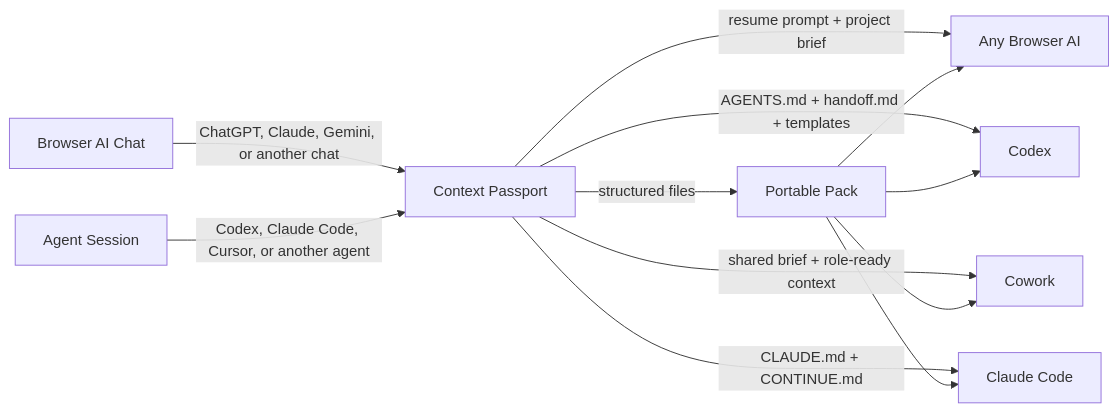
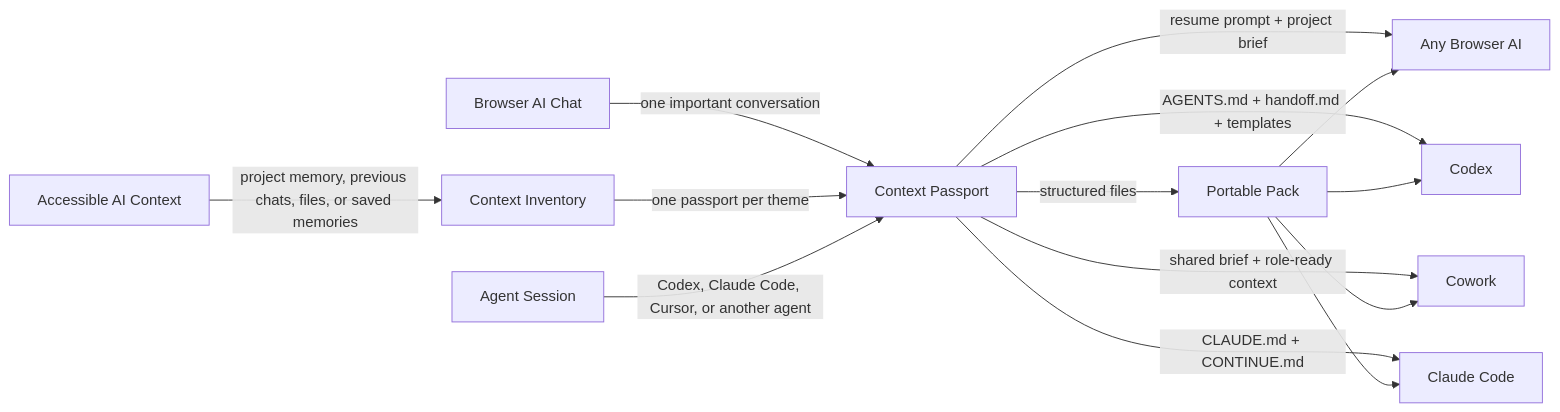
The diagram in README.md (macio-arruda/context-passport), drawn with Mermaid before and after one commit. The commit also changed other lines of this file and 8 other files, not shown here.

Commit message:
Add accessible context inventory workflow

````diff
--- a/README.md
+++ b/README.md
@@ -19,16 +19,18 @@
 ```mermaid
 flowchart LR
-    A["Browser AI Chat"] -->|"ChatGPT, Claude, Gemini, or another chat"| B["Context Passport"]
+    A["Browser AI Chat"] -->|"one important conversation"| B["Context Passport"]
+    I["Accessible AI Context"] -->|"project memory, previous chats, files, or saved memories"| J["Context Inventory"]
+    J -->|"one passport per theme"| B
     G["Agent Session"] -->|"Codex, Claude Code, Cursor, or another agent"| B
 
     B -->|"resume prompt + project brief"| C["Any Browser AI"]
     B -->|"AGENTS.md + handoff.md + templates"| D["Codex"]
     B -->|"shared brief + role-ready context"| E["Cowork"]
     B -->|"CLAUDE.md + CONTINUE.md"| H["Claude Code"]
 
     B -->|"structured files"| F["Portable Pack"]
     F --> C
     F --> D
     F --> E
     F --> H
 ```
````
